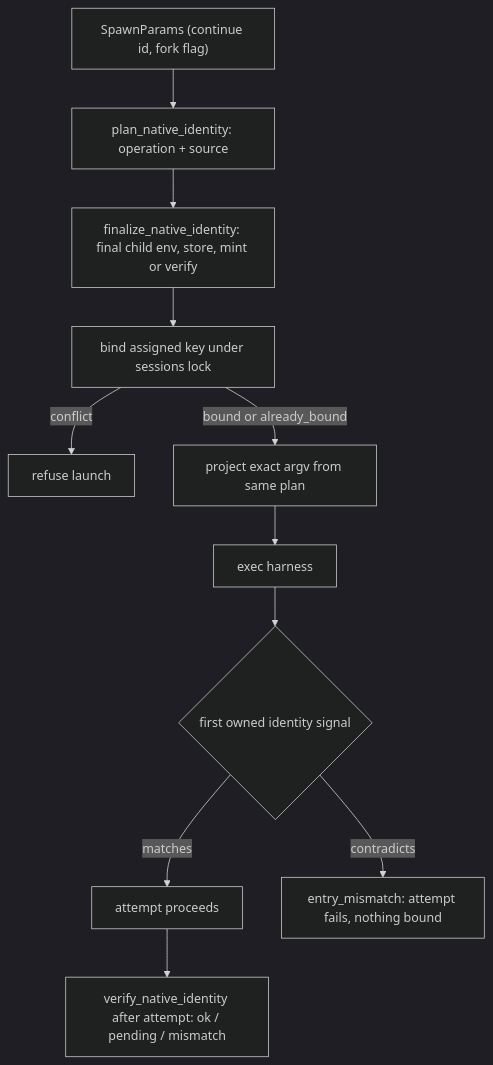
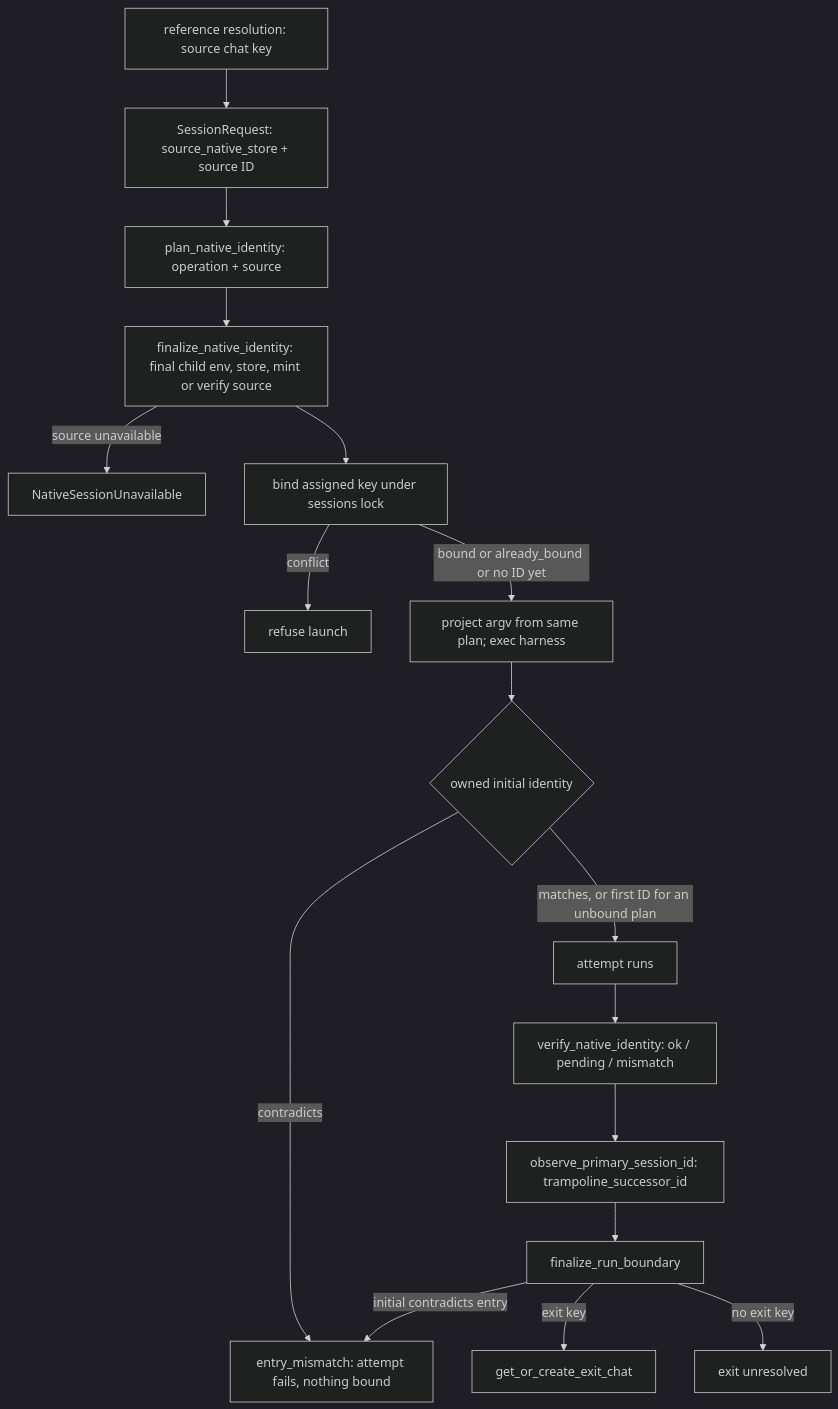
The diagram in kb/architecture/native-session-binding.md (haowjy/meridian-cli-kb), drawn with Mermaid (dark theme) before and after one commit. The commit also changed other lines of this file and 8 other files, not shown here.

````diff
--- a/kb/architecture/native-session-binding.md
+++ b/kb/architecture/native-session-binding.md
@@ -12,13 +11,19 @@
 ```mermaid
 flowchart TD
-    Run["SpawnParams (continue id, fork flag)"] --> Plan["plan_native_identity: operation + source"]
-    Plan --> Fin["finalize_native_identity: final child env, store, mint or verify"]
+    Ref["reference resolution: source chat key"] --> Req["SessionRequest: source_native_store + source ID"]
+    Req --> Plan["plan_native_identity: operation + source"]
+    Plan --> Fin["finalize_native_identity: final child env, store, mint or verify source"]
+    Fin -->|source unavailable| Refuse["NativeSessionUnavailable"]
     Fin --> Bind["bind assigned key under sessions lock"]
-    Bind -->|conflict| Refuse["refuse launch"]
-    Bind -->|bound or already_bound| Proj["project exact argv from same plan"]
-    Proj --> Exec["exec harness"]
-    Exec --> Sig{"first owned identity signal"}
-    Sig -->|matches| Ok["attempt proceeds"]
+    Bind -->|conflict| Refuse2["refuse launch"]
+    Bind -->|bound or already_bound or no ID yet| Exec["project argv from same plan; exec harness"]
+    Exec --> Sig{"owned initial identity"}
     Sig -->|contradicts| Mis["entry_mismatch: attempt fails, nothing bound"]
-    Ok --> Ver["verify_native_identity after attempt: ok / pending / mismatch"]
+    Sig -->|matches, or first ID for an unbound plan| Run["attempt runs"]
+    Run --> Ver["verify_native_identity: ok / pending / mismatch"]
+    Ver --> Obs["observe_primary_session_id: trampoline_successor_id"]
+    Obs --> RB["finalize_run_boundary"]
+    RB -->|initial contradicts entry| Mis
+    RB -->|exit key| Exit["get_or_create_exit_chat"]
+    RB -->|no exit key| Unres["exit unresolved"]
 ```
````
